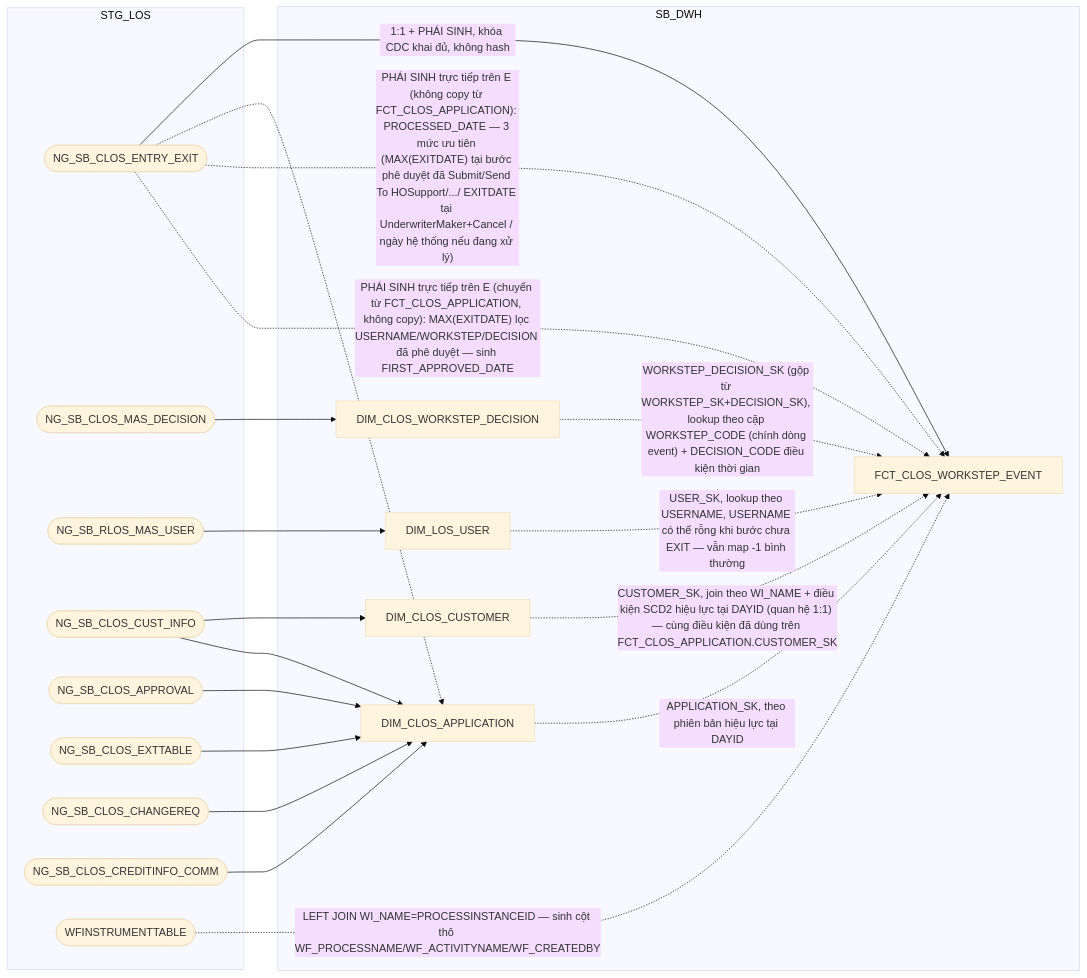
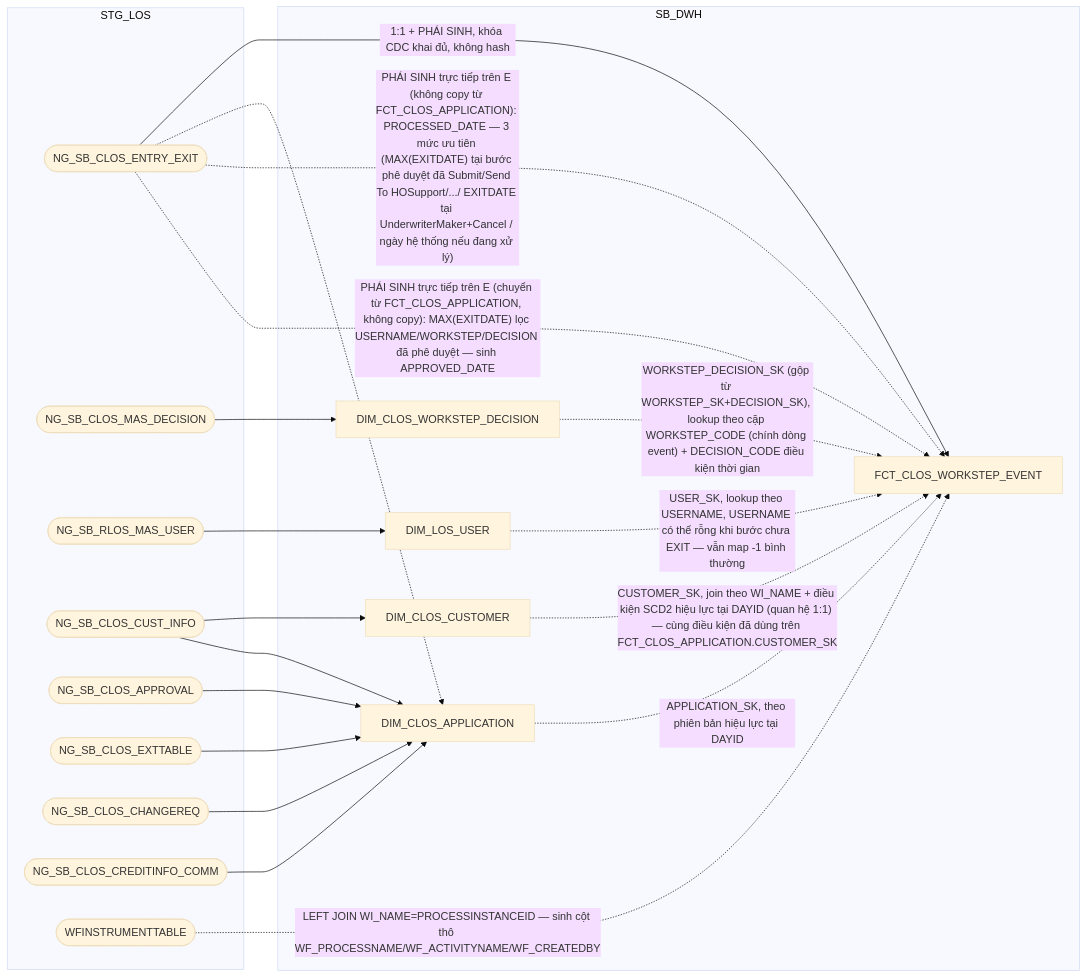
Before and after one commit to chien1198/sb-mapping-gen: the fifth of 14 diagrams in hld/hld_review/HLD_FCT_SB_DWH_review.md, drawn with Mermaid (base theme). The commit also changed other lines of this file and 49 other files, not shown here.

````diff
--- a/hld/hld_review/HLD_FCT_SB_DWH_review.md
+++ b/hld/hld_review/HLD_FCT_SB_DWH_review.md
@@ -336,38 +337,38 @@
 ```mermaid
 flowchart LR
     subgraph STG_LOS
         A(["NG_SB_CLOS_ENTRY_EXIT"])
         MW(["NG_SB_CLOS_MAS_DECISION"])
         U(["NG_SB_RLOS_MAS_USER"])
         H(["NG_SB_CLOS_CUST_INFO"])
         I(["NG_SB_CLOS_APPROVAL"])
         J(["NG_SB_CLOS_EXTTABLE"])
         K1(["NG_SB_CLOS_CHANGEREQ"])
         N(["NG_SB_CLOS_CREDITINFO_COMM"])
         WF(["WFINSTRUMENTTABLE"])
     end
     subgraph SB_DWH
         WD["DIM_CLOS_WORKSTEP_DECISION"]
         US["DIM_LOS_USER"]
         AP["DIM_CLOS_APPLICATION"]
         KC["DIM_CLOS_CUSTOMER"]
         E["FCT_CLOS_WORKSTEP_EVENT"]
     end
     A -->|1:1 + PHÁI SINH, khóa CDC khai đủ, không hash| E
     WD -.->|"WORKSTEP_DECISION_SK (gộp từ WORKSTEP_SK+DECISION_SK), lookup theo cặp WORKSTEP_CODE (chính dòng event) + DECISION_CODE điều kiện thời gian"| E
     US -.->|USER_SK, lookup theo USERNAME, USERNAME có thể rỗng khi bước chưa EXIT — vẫn map -1 bình thường| E
     AP -.->|APPLICATION_SK, theo phiên bản hiệu lực tại DAYID| E
     KC -.->|"CUSTOMER_SK, join theo WI_NAME + điều kiện SCD2 hiệu lực tại DAYID (quan hệ 1:1) — cùng điều kiện đã dùng trên FCT_CLOS_APPLICATION.CUSTOMER_SK"| E
     MW --> WD
     U --> US
     H --> KC
     H --> AP
     I --> AP
     J --> AP
     K1 --> AP
     A -.-> AP
     N --> AP
     A -.->|"PHÁI SINH trực tiếp trên E (không copy từ FCT_CLOS_APPLICATION): PROCESSED_DATE — 3 mức ưu tiên (MAX(EXITDATE) tại bước phê duyệt đã Submit/Send To HOSupport/.../ EXITDATE tại UnderwriterMaker+Cancel / ngày hệ thống nếu đang xử lý)"| E
     WF -.->|"LEFT JOIN WI_NAME=PROCESSINSTANCEID — sinh cột thô WF_PROCESSNAME/WF_ACTIVITYNAME/WF_CREATEDBY"| E
-    A -.->|"PHÁI SINH trực tiếp trên E (chuyển từ FCT_CLOS_APPLICATION, không copy): MAX(EXITDATE) lọc USERNAME/WORKSTEP/DECISION đã phê duyệt — sinh FIRST_APPROVED_DATE"| E
+    A -.->|"PHÁI SINH trực tiếp trên E (chuyển từ FCT_CLOS_APPLICATION, không copy): MAX(EXITDATE) lọc USERNAME/WORKSTEP/DECISION đã phê duyệt — sinh APPROVED_DATE"| E
 ```
````
